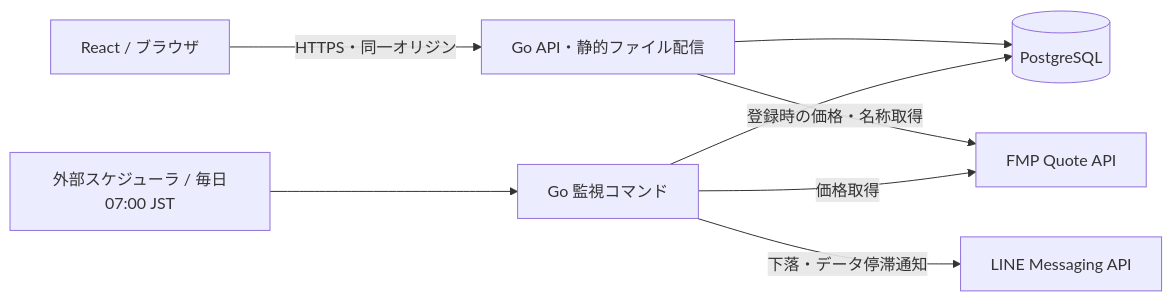
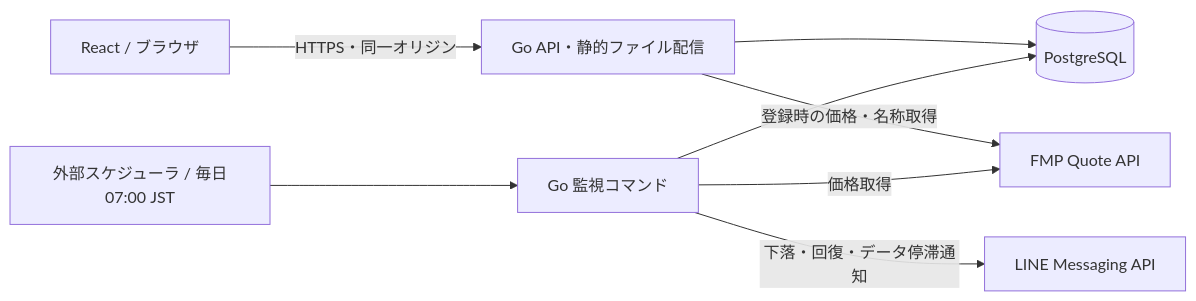
One commit to hisho-123/stock_notification_docs changed the diagram in README.md. Above: the diagram before and after it, drawn with Mermaid. The commit also changed other lines of this file and 21 other files, not shown here.

````diff
--- a/README.md
+++ b/README.md
@@ -22,10 +23,10 @@
 ```mermaid
 flowchart LR
     Browser[React / ブラウザ] -->|HTTPS・同一オリジン| Web[Go API・静的ファイル配信]
     Web --> DB[(PostgreSQL)]
     Web -->|登録時の価格・名称取得| FMP[FMP Quote API]
     Scheduler[外部スケジューラ / 毎日07:00 JST] --> Monitor[Go 監視コマンド]
     Monitor --> DB
     Monitor -->|価格取得| FMP
-    Monitor -->|下落・データ停滞通知| LINE[LINE Messaging API]
+    Monitor -->|下落・回復・データ停滞通知| LINE[LINE Messaging API]
 ```
````
